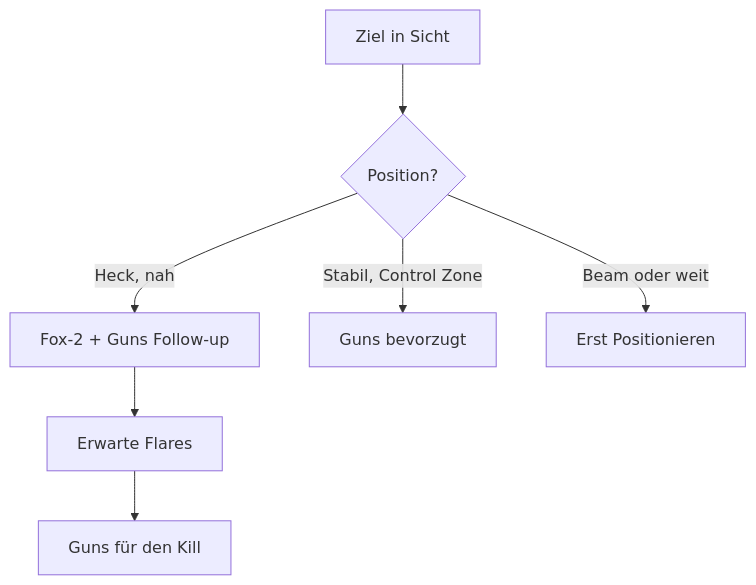
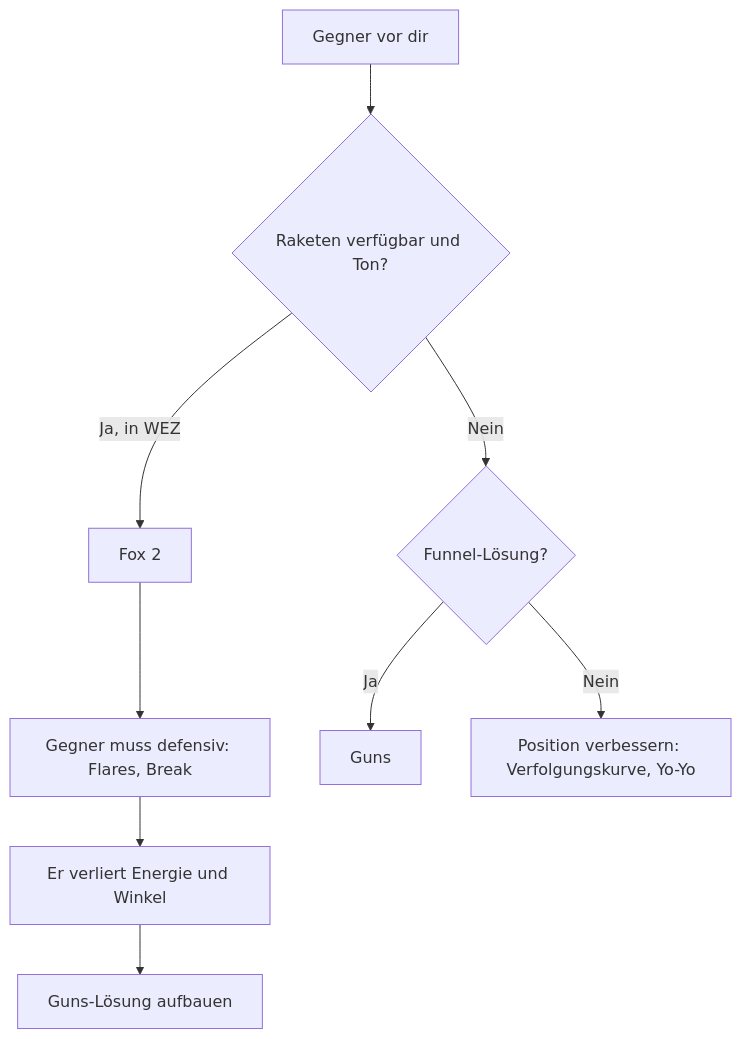
Before and after one commit to lukaio3D/VFM_Wiki: the diagram in docs/avionik/waffen.md, drawn with Mermaid. The commit also changed other lines of this file and 66 other files, not shown here.

````diff
--- a/docs/avionik/waffen.md
+++ b/docs/avionik/waffen.md
@@ -138,9 +84,11 @@
 ```mermaid
 flowchart TD
-    A[Ziel in Sicht] --> B{Position?}
-    B -->|Heck, nah| C[Fox-2 + Guns Follow-up]
-    B -->|Stabil, Control Zone| D[Guns bevorzugt]
-    B -->|Beam oder weit| E[Erst Positionieren]
-    C --> F[Erwarte Flares]
-    F --> G[Guns für den Kill]
+    A[Gegner vor dir] --> B{Raketen verfügbar und Ton?}
+    B -->|Ja, in WEZ| C[Fox 2]
+    C --> D[Gegner muss defensiv: Flares, Break]
+    D --> E[Er verliert Energie und Winkel]
+    E --> F[Guns-Lösung aufbauen]
+    B -->|Nein| G{Funnel-Lösung?}
+    G -->|Ja| H[Guns]
+    G -->|Nein| I[Position verbessern: Verfolgungskurve, Yo-Yo]
 ```
````
